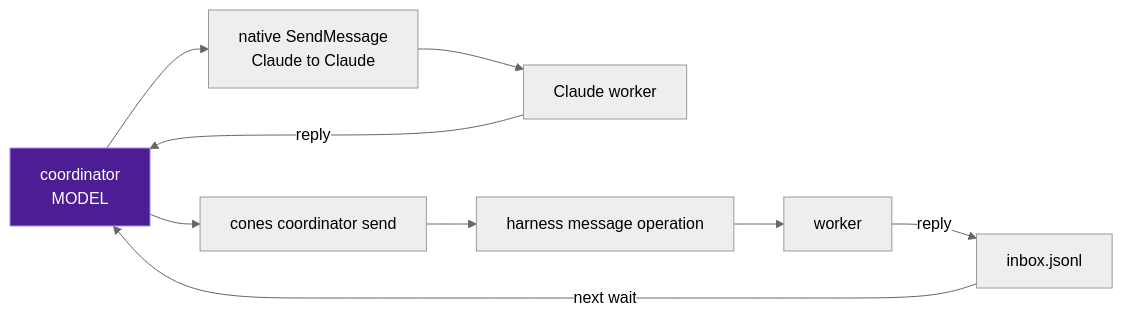
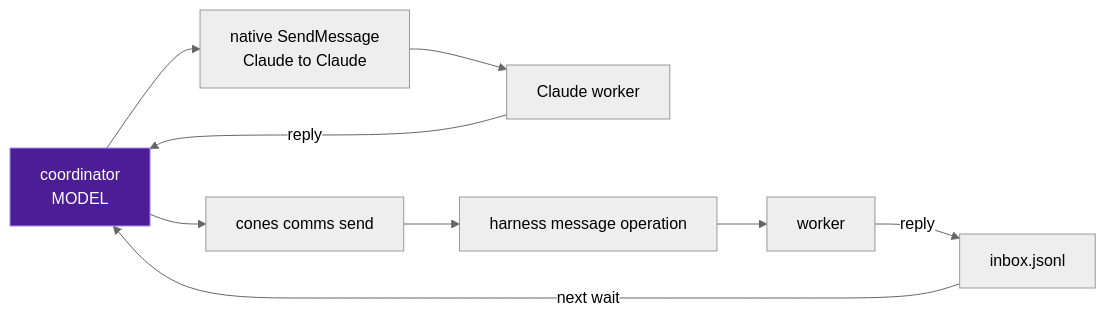
One commit to YuvalSarel1/cones changed the fourth of 4 diagrams in docs/architecture.md. Above: the diagram before and after it, drawn with Mermaid (neutral theme). The commit also changed other lines of this file and 4 other files, not shown here.

````diff
--- a/docs/architecture.md
+++ b/docs/architecture.md
@@ -243,15 +268,15 @@
 ```mermaid
 flowchart LR
     Coord["coordinator<br/>MODEL"]
     SM["native SendMessage<br/>Claude to Claude"] --> CS["Claude worker"]
-    CX["cones coordinator send"] --> Op["harness message operation"]
+    CX["cones comms send"] --> Op["harness message operation"]
     Op --> CT["worker"]
     CT -->|reply| Inbox["inbox.jsonl"]
     Coord --> SM
     Coord --> CX
     CS -->|reply| Coord
     Inbox -->|next wait| Coord
 
     classDef model fill:#4c1d95,stroke:#a78bfa,color:#fff
     class Coord model
 ```
````
